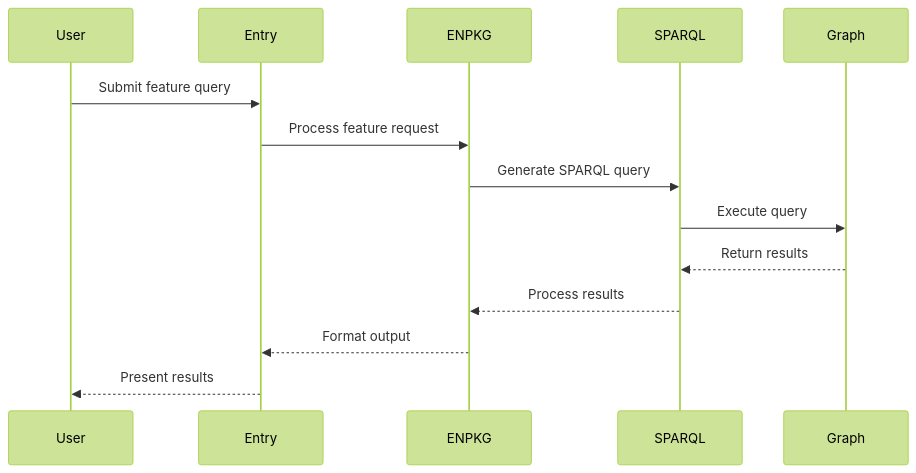
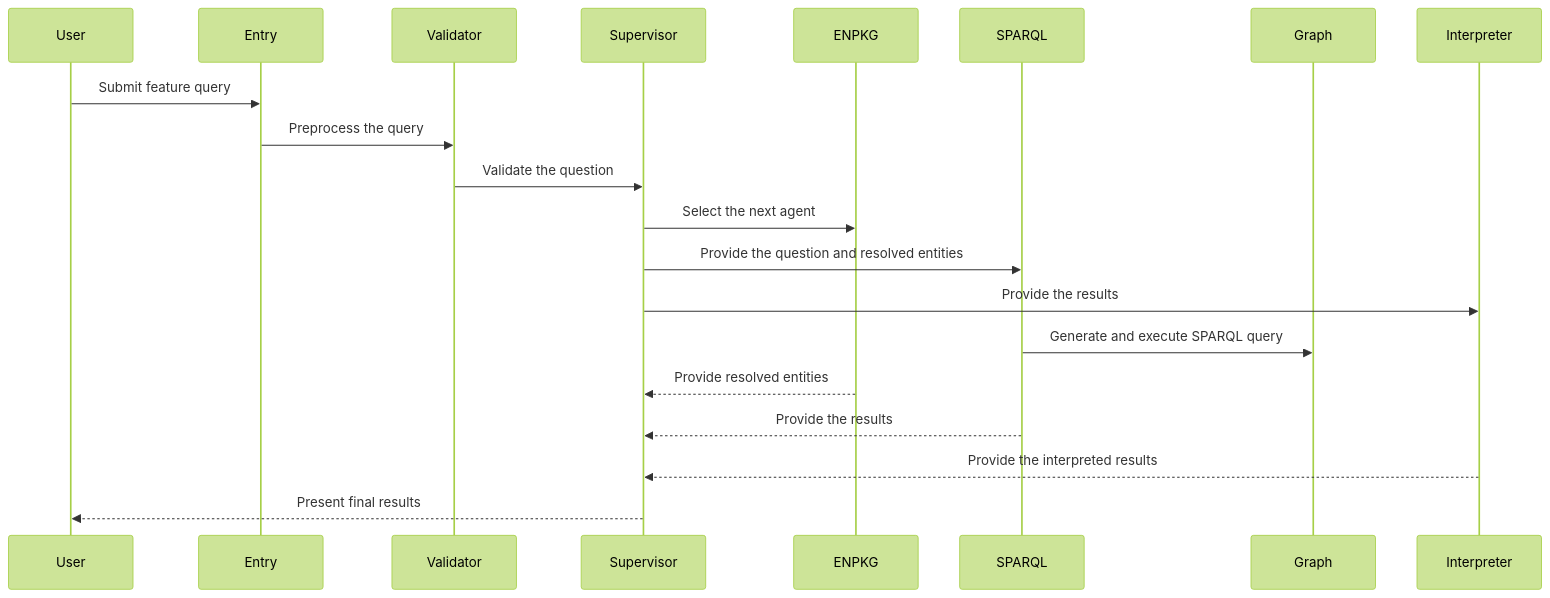
The second of 2 diagrams in docs/user-guide/overview.md (HolobiomicsLab/MetaboT), drawn with Mermaid (forest theme) before and after one commit. The commit also changed other lines of this file and 3 other files, not shown here.

````diff
--- a/docs/user-guide/overview.md
+++ b/docs/user-guide/overview.md
@@ -111,17 +111,23 @@
 ```mermaid
 sequenceDiagram
     participant User
     participant Entry
+    participant Validator
+    participant Supervisor
     participant ENPKG
-    participant SPARQL
+    participant SPARQL 
     participant Graph
-
+    participant Interpreter
+   
     User->>Entry: Submit feature query
-    Entry->>ENPKG: Process feature request
-    ENPKG->>SPARQL: Generate SPARQL query
-    SPARQL->>Graph: Execute query
-    Graph-->>SPARQL: Return results
-    SPARQL-->>ENPKG: Process results
-    ENPKG-->>Entry: Format output
-    Entry-->>User: Present results
+    Entry->>Validator: Preprocess the query
+    Validator->>Supervisor: Validate the question
+    Supervisor->>ENPKG:Select the next agent 
+    Supervisor->>SPARQL: Provide the question and resolved entities
+    Supervisor->>Interpreter: Provide the results
+    SPARQL->>Graph: Generate and execute SPARQL query 
+    ENPKG-->>Supervisor: Provide resolved entities
+    SPARQL-->>Supervisor: Provide the results
+    Interpreter-->>Supervisor: Provide the interpreted results
+    Supervisor-->>User: Present final results
 ```
````
